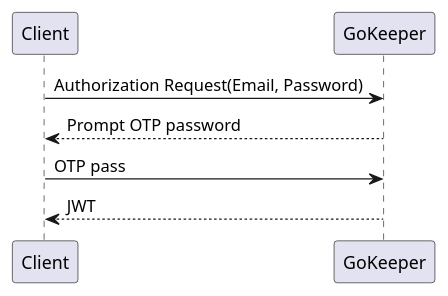
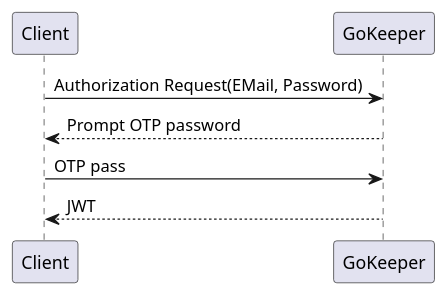
One commit to StasMerzlyakov/gophkeeper changed the second of 3 diagrams in README.md. Above: the diagram before and after it, drawn with PlantUML. The commit also changed other lines of this file and 18 other files, not shown here.

````diff
--- a/README.md
+++ b/README.md
@@ -33,8 +35,8 @@
 ```plantuml
 @startuml
-Client->GoKeeper: Authorization Request(Email, Password)
+Client->GoKeeper: Authorization Request(EMail, Password)
 GoKeeper-->Client: Prompt OTP password
 Client->GoKeeper: OTP pass
 GoKeeper-->Client: JWT
 @enduml
 ```
````
